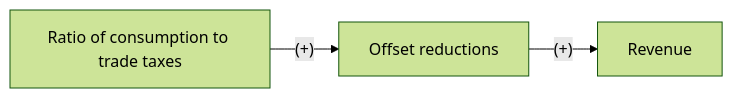
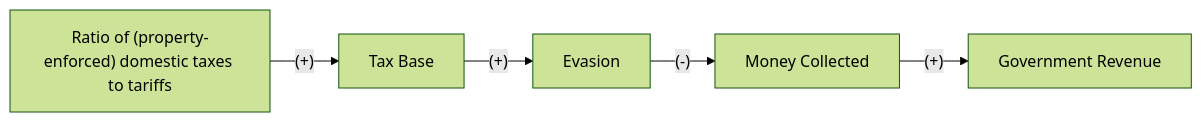
The third of 5 diagrams in Paper_Summaries.md (ecn310/course-project-taxes-tariffs), drawn with Mermaid (forest theme) before and after one commit. The commit also changed other lines of this file, not shown here.

Commit message:
Fixed hypothesis, theory and flowchart for 3rd paper summary

````diff
--- a/Paper_Summaries.md
+++ b/Paper_Summaries.md
@@ -46,4 +46,4 @@
 ```mermaid
 flowchart LR
-A["Ratio of consumption to trade taxes<br>"] --(+)--> B["Offset reductions"] --(#43;)--> C["Revenue"]
+A["Ratio of (property-enforced) domestic taxes to tariffs<br>"] --(+)--> B["Tax Base"] --(+)--> C["Evasion"] --(-)--> D["Money Collected"] --(+)--> E["Government Revenue"]
 ```
````
